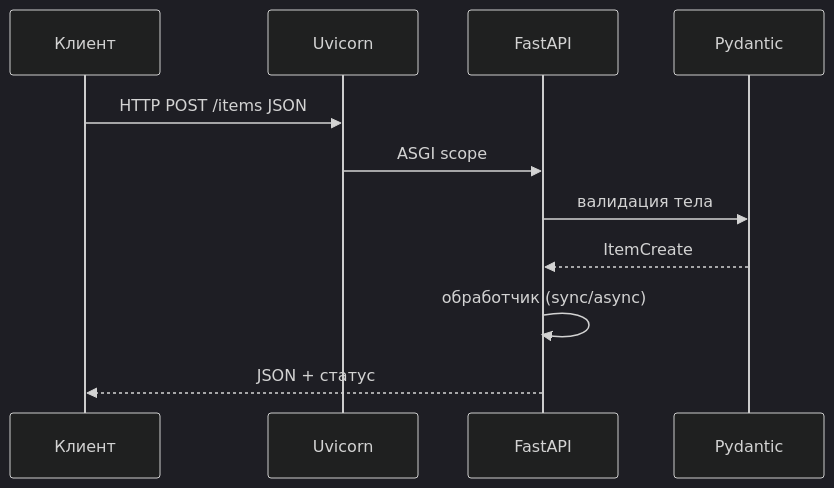
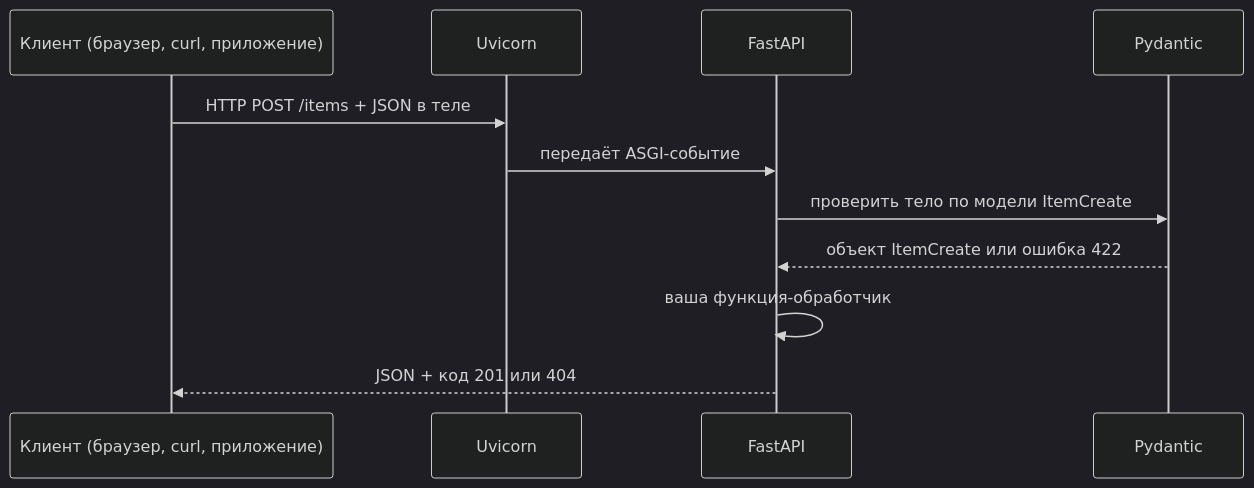
Before and after one commit to Spirzen/it-knowledge-base: the diagram in docs/encyclopedia/5-languages/5-02-python/3431.md, drawn with Mermaid (dark theme). The commit also changed other lines of this file and 1180 other files, not shown here.

````diff
--- a/docs/encyclopedia/5-languages/5-02-python/3431.md
+++ b/docs/encyclopedia/5-languages/5-02-python/3431.md
@@ -41,14 +66,14 @@
 ```mermaid
 sequenceDiagram
-    participant C as Клиент
+    participant C as Клиент (браузер, curl, приложение)
     participant U as Uvicorn
     participant F as FastAPI
     participant P as Pydantic
 
-    C->>U: HTTP POST /items JSON
-    U->>F: ASGI scope
-    F->>P: валидация тела
-    P-->>F: ItemCreate
-    F->>F: обработчик (sync/async)
-    F-->>C: JSON + статус
+    C->>U: HTTP POST /items + JSON в теле
+    U->>F: передаёт ASGI-событие
+    F->>P: проверить тело по модели ItemCreate
+    P-->>F: объект ItemCreate или ошибка 422
+    F->>F: ваша функция-обработчик
+    F-->>C: JSON + код 201 или 404
 ```
````
